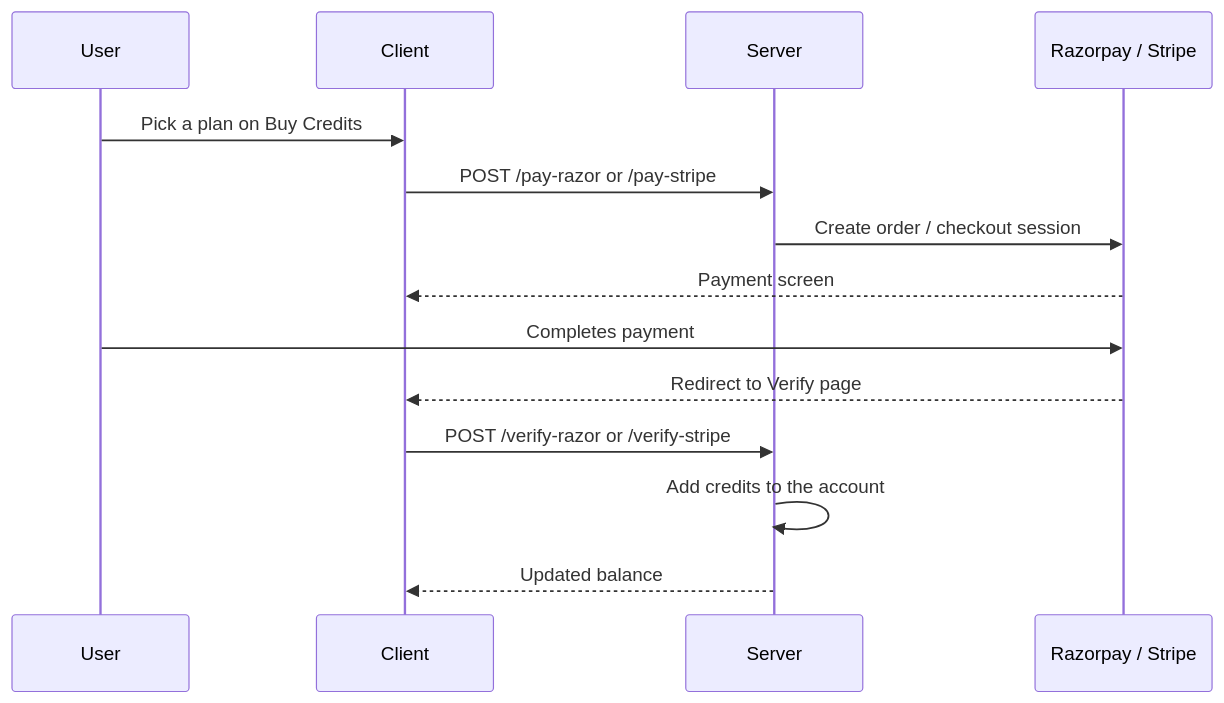
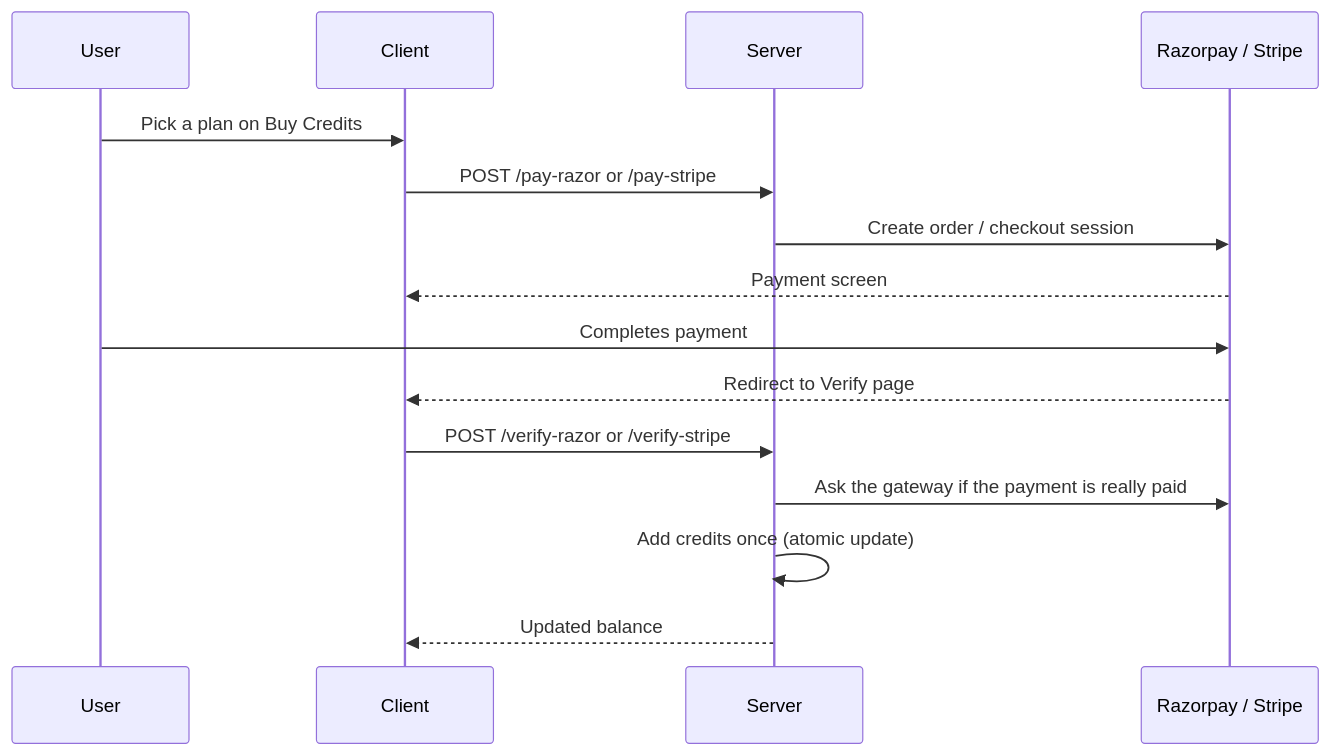
The third of 3 diagrams in README.md (adeebmansoor/ImageHub), drawn with Mermaid before and after one commit. The commit also changed other lines of this file and 38 other files, not shown here.

````diff
--- a/README.md
+++ b/README.md
@@ -152,17 +152,18 @@
 ```mermaid
 sequenceDiagram
     participant U as User
     participant C as Client
     participant S as Server
     participant P as Razorpay / Stripe
 
     U->>C: Pick a plan on Buy Credits
     C->>S: POST /pay-razor or /pay-stripe
     S->>P: Create order / checkout session
     P-->>C: Payment screen
     U->>P: Completes payment
     P-->>C: Redirect to Verify page
     C->>S: POST /verify-razor or /verify-stripe
-    S->>S: Add credits to the account
+    S->>P: Ask the gateway if the payment is really paid
+    S->>S: Add credits once (atomic update)
     S-->>C: Updated balance
 ```
````
